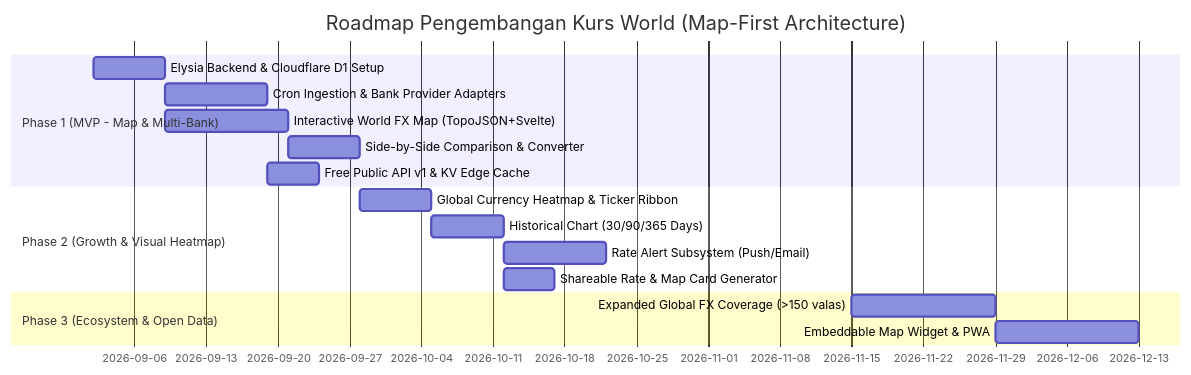
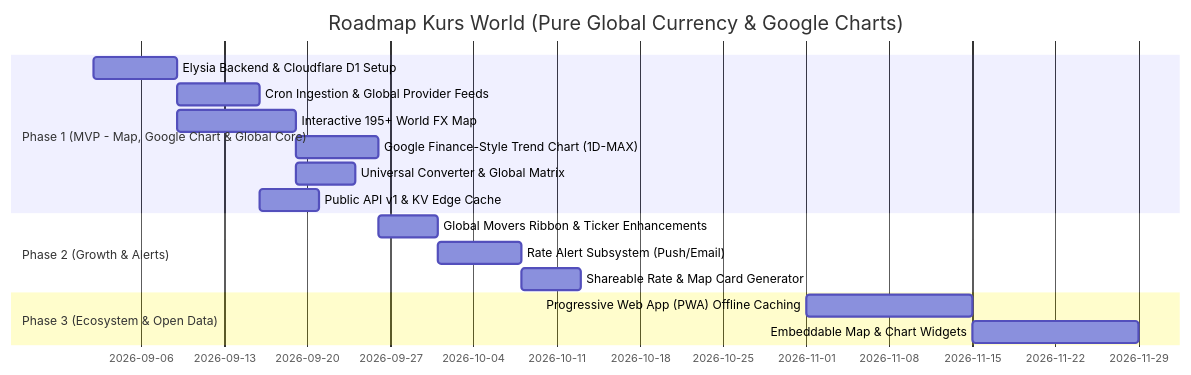
One commit to rafliiar17/buanasphere changed the diagram in docs/specs/PRD.md. Above: the diagram before and after it, drawn with Mermaid. The commit also changed other lines of this file and 19 other files, not shown here.

Commit message:
feat(charts): replace bank comparison with Google Finance style interactive charts and pure currency comparison matrix

````diff
--- a/docs/specs/PRD.md
+++ b/docs/specs/PRD.md
@@ -168,19 +178,19 @@
 ```mermaid
 gantt
-    title Roadmap Pengembangan Kurs World (Map-First Architecture)
+    title Roadmap Kurs World (Pure Global Currency & Google Charts)
     dateFormat  YYYY-MM-DD
-    section Phase 1 (MVP - Map & Multi-Bank)
-    Elysia Backend & Cloudflare D1 Setup     :a1, 2026-09-02, 7d
-    Cron Ingestion & Bank Provider Adapters  :a2, after a1, 10d
-    Interactive World FX Map (TopoJSON+Svelte):a3, after a1, 12d
-    Side-by-Side Comparison & Converter      :a4, after a3, 7d
-    Free Public API v1 & KV Edge Cache       :a5, after a2, 5d
-    section Phase 2 (Growth & Visual Heatmap)
-    Global Currency Heatmap & Ticker Ribbon  :b1, after a4, 7d
-    Historical Chart (30/90/365 Days)        :b2, after b1, 7d
-    Rate Alert Subsystem (Push/Email)        :b3, after b2, 10d
-    Shareable Rate & Map Card Generator      :b4, after b2, 5d
+    section Phase 1 (MVP - Map, Google Chart & Global Core)
+    Elysia Backend & Cloudflare D1 Setup      :a1, 2026-09-02, 7d
+    Cron Ingestion & Global Provider Feeds   :a2, after a1, 7d
+    Interactive 195+ World FX Map            :a3, after a1, 10d
+    Google Finance-Style Trend Chart (1D-MAX):a4, after a3, 7d
+    Universal Converter & Global Matrix      :a5, after a3, 5d
+    Public API v1 & KV Edge Cache            :a6, after a2, 5d
+    section Phase 2 (Growth & Alerts)
+    Global Movers Ribbon & Ticker Enhancements:b1, after a4, 5d
+    Rate Alert Subsystem (Push/Email)        :b2, after b1, 7d
+    Shareable Rate & Map Card Generator      :b3, after b2, 5d
     section Phase 3 (Ecosystem & Open Data)
-    Expanded Global FX Coverage (>150 valas) :c1, 2026-11-15, 14d
-    Embeddable Map Widget & PWA              :c2, after c1, 14d
+    Progressive Web App (PWA) Offline Caching :c1, 2026-11-01, 14d
+    Embeddable Map & Chart Widgets           :c2, after c1, 14d
 ```
````
